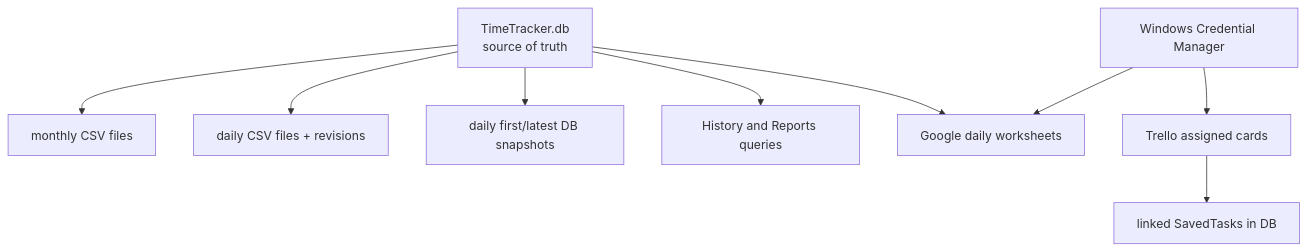
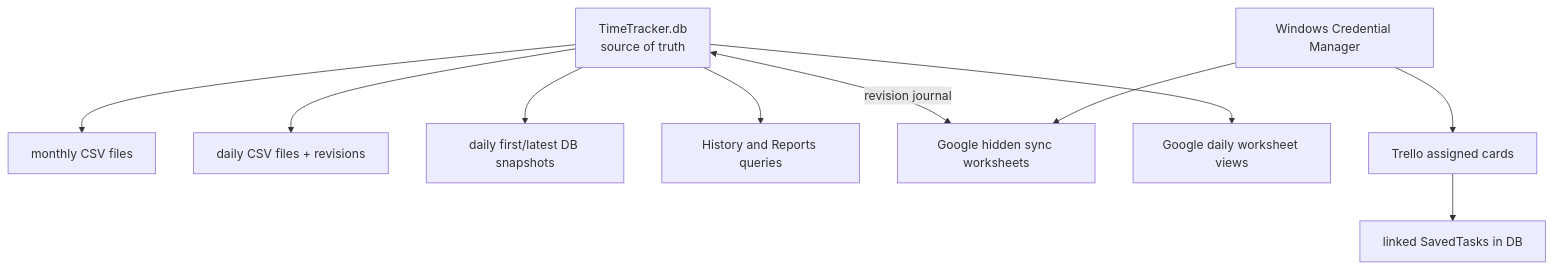
One commit to Zachariasz/Log_o-Clock changed the first of 2 diagrams in Log_o-Clock/docs/DATA_AND_STORAGE.md. Above: the diagram before and after it, drawn with Mermaid. The commit also changed other lines of this file and 36 other files, not shown here.

````diff
--- a/Log_o-Clock/docs/DATA_AND_STORAGE.md
+++ b/Log_o-Clock/docs/DATA_AND_STORAGE.md
@@ -7,11 +7,12 @@
 ```mermaid
 flowchart TD
     DB["TimeTracker.db\nsource of truth"] --> Monthly["monthly CSV files"]
     DB --> Daily["daily CSV files + revisions"]
     DB --> Backup["daily first/latest DB snapshots"]
     DB --> Report["History and Reports queries"]
-    DB --> Sheets["Google daily worksheets"]
+    DB <-->|"revision journal"| Sheets["Google hidden sync worksheets"]
+    DB --> SheetViews["Google daily worksheet views"]
     Trello["Trello assigned cards"] --> Linked["linked SavedTasks in DB"]
     Cred["Windows Credential Manager"] --> Trello
     Cred --> Sheets
 ```
````
